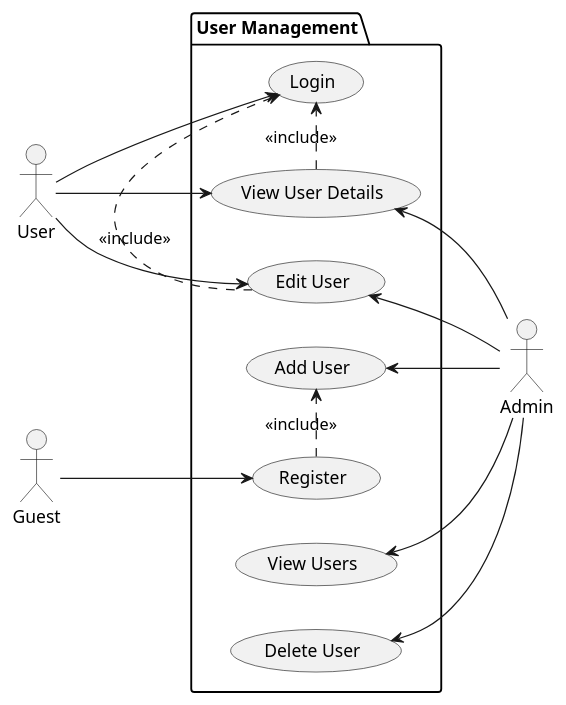
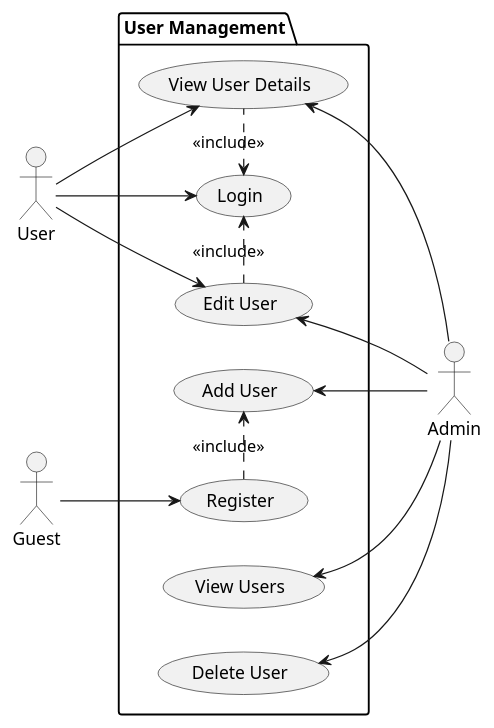
One commit to Aliefhasyani/Halobat changed the diagram in Documents/Diagrams/user-management-usecase.wsd. Above: the diagram before and after it, drawn with PlantUML. The commit also changed 4 other files, not shown here.

Commit message:
FEAT: Add timestamps to roles, diagnoses, and recommended drugs tables; update use case diagrams

```diff
--- a/Documents/Diagrams/user-management-usecase.wsd
+++ b/Documents/Diagrams/user-management-usecase.wsd
@@ -1,23 +1,23 @@
 @startuml user-management-usecase
 skinparam linetype spline
 left to right direction
 
 actor Admin
 actor User
 actor Guest
 
 package "User Management" {
   (View Users) <-- Admin
   (Add User) <-- Admin
   (Edit User) <-- Admin
   (View User Details) <-- Admin
   (Delete User) <-- Admin
   User --> (View User Details)
   User --> (Edit User)
   User --> (Login)
   Guest --> (Register)
-  (View User Details) .> (Login) : <<include>>
   (Edit User) .> (Login) : <<include>>
+  (Login) <. (View User Details) : <<include>>
   (Register) .> (Add User) : <<include>>
 }
 @enduml
```
